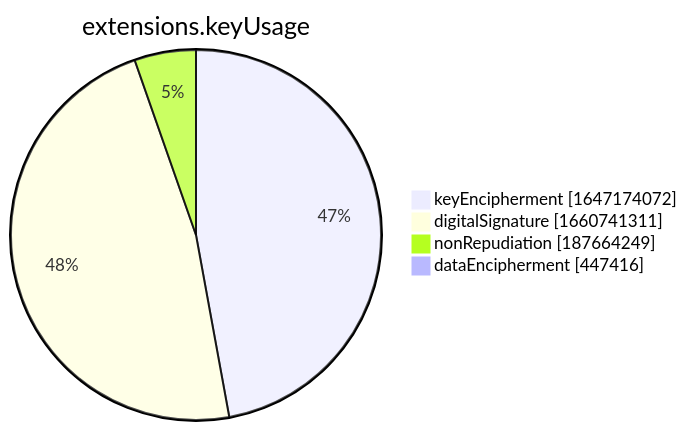
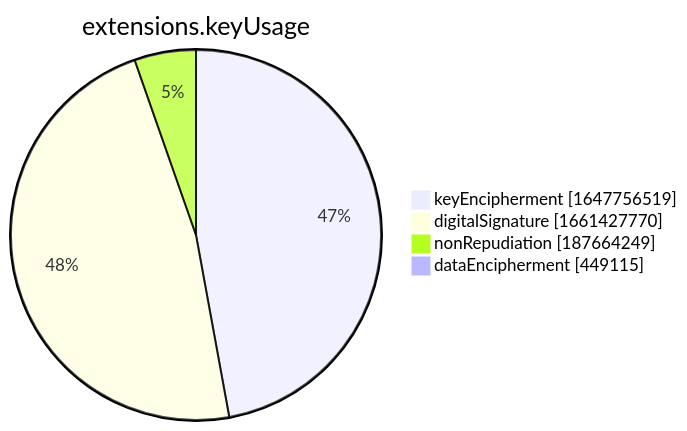
One commit to christiankrug/ctmonitor_visualization changed the seventh of 15 diagrams in xenon2022/README.md. Above: the diagram before and after it, drawn with Mermaid. The commit also changed other lines of this file, not shown here.

````diff
--- a/xenon2022/README.md
+++ b/xenon2022/README.md
@@ -2857,8 +2857,8 @@
 ```mermaid
 pie showData
 title extensions.keyUsage
-"keyEncipherment" :1647174072
-"digitalSignature" :1660741311
+"keyEncipherment" :1647756519
+"digitalSignature" :1661427770
 "nonRepudiation" :187664249
-"dataEncipherment" :447416
+"dataEncipherment" :449115
 ```
````
